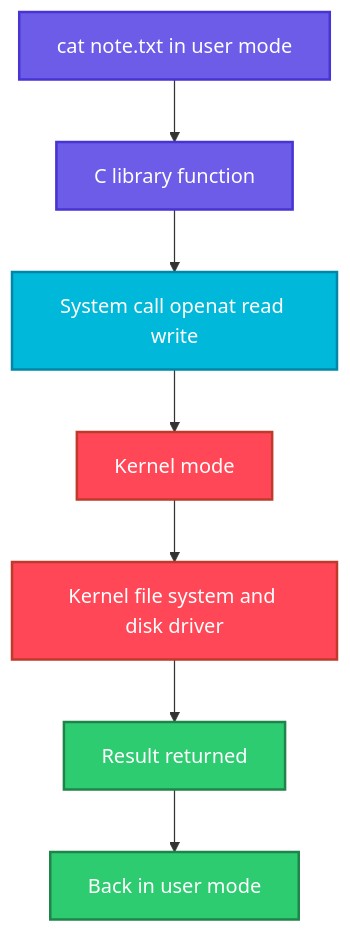
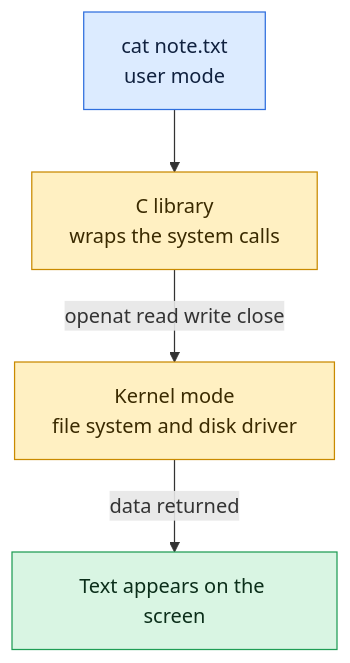
The diagram in linux/os-internals/03-system-calls.md (codeKerdosTech/DevOps-Documentation), drawn with Mermaid before and after one commit. The commit also changed other lines of this file and 165 other files, not shown here.

Commit message:
updated diagrams in linux

````diff
--- a/linux/os-internals/03-system-calls.md
+++ b/linux/os-internals/03-system-calls.md
@@ -19,18 +19,14 @@
 ```mermaid
 flowchart TD
-    A[cat note.txt in user mode] --> B[C library function]
-    B --> C[System call openat read write]
-    C --> D[Kernel mode]
-    D --> E[Kernel file system and disk driver]
-    E --> F[Result returned]
-    F --> G[Back in user mode]
-    classDef start fill:#6C5CE7,stroke:#4834D4,stroke-width:2px,color:#fff
-    classDef proc fill:#00B8D9,stroke:#0087A8,stroke-width:2px,color:#fff
-    classDef dec fill:#FFC312,stroke:#E1A100,stroke-width:2px,color:#222
-    classDef ok fill:#2ECC71,stroke:#1E8449,stroke-width:2px,color:#fff
-    classDef err fill:#FF4757,stroke:#C0392B,stroke-width:2px,color:#fff
-    class A,B start
-    class C proc
-    class D,E err
-    class F,G ok
+    i1[cat note.txt<br/>user mode] --> c1[C library<br/>wraps the system calls]
+    c1 -->|openat  read  write  close| c2[Kernel mode<br/>file system and disk driver]
+    c2 -->|data returned| o1[Text appears on the screen]
+    classDef inp fill:#DCEBFF,stroke:#2F6FDE,color:#10213F
+    classDef cmd fill:#FFF0C2,stroke:#C98A00,color:#3A2A00
+    classDef out fill:#D9F5E3,stroke:#1F9D55,color:#0B2E1A
+    classDef bad fill:#FDE0E0,stroke:#D13B3B,color:#4A0F0F
+    classDef note fill:#ECEFF3,stroke:#7B8794,color:#1F2933
+    class i1 inp
+    class c1,c2 cmd
+    class o1 out
 ```
````
